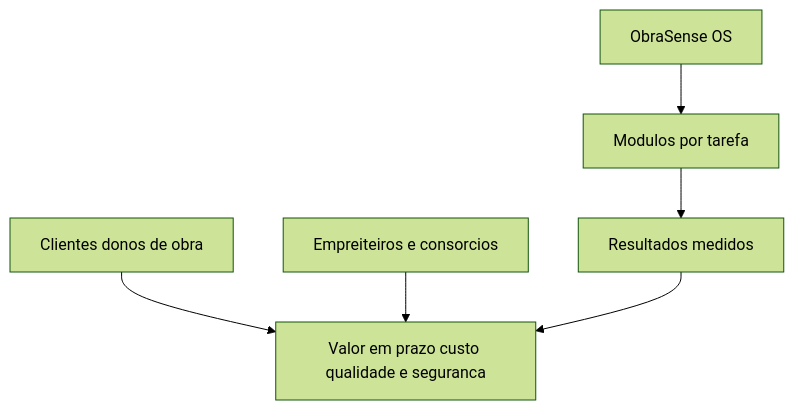
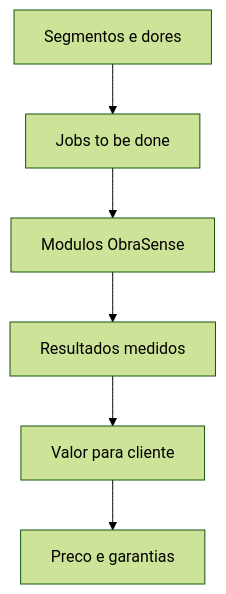
Before and after one commit to blemossilva/mba: the diagram in 09-Estrategia/trabalhos/trabalho_02/Trabalhos_02/02-Proposta-de-Valor.md, drawn with Mermaid (forest theme). The commit also changed other lines of this file and 1 other file, not shown here.

````diff
--- a/09-Estrategia/trabalhos/trabalho_02/Trabalhos_02/02-Proposta-de-Valor.md
+++ b/09-Estrategia/trabalhos/trabalho_02/Trabalhos_02/02-Proposta-de-Valor.md
@@ -14,8 +49,8 @@
 ```mermaid
 flowchart TD
-    C[Clientes donos de obra] --> V[Valor em prazo custo qualidade e seguranca]
-    E[Empreiteiros e consorcios] --> V
-    P[ObraSense OS] --> M[Modulos por tarefa]
+    S[Segmentos e dores] --> J[Jobs to be done]
+    J --> M[Modulos ObraSense]
     M --> R[Resultados medidos]
-    R --> V
+    R --> V[Valor para cliente]
+    V --> P[Preco e garantias]
 ```
````
